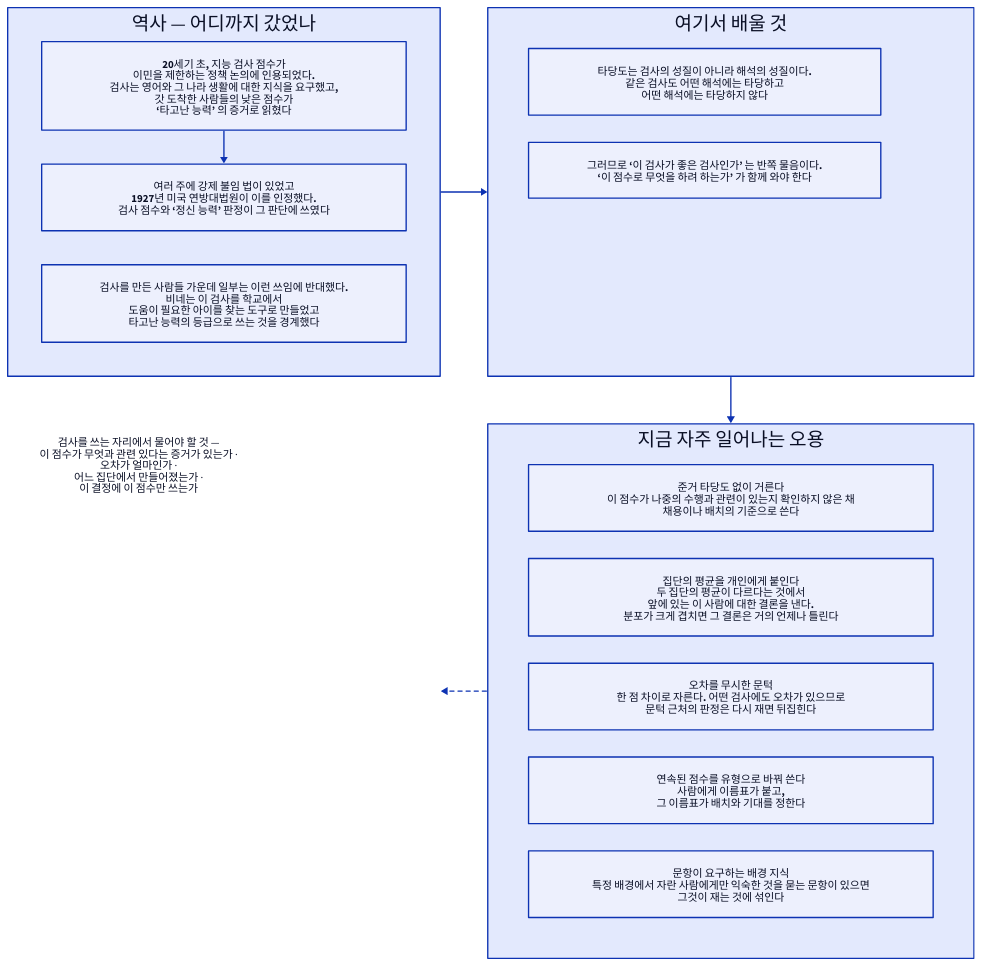
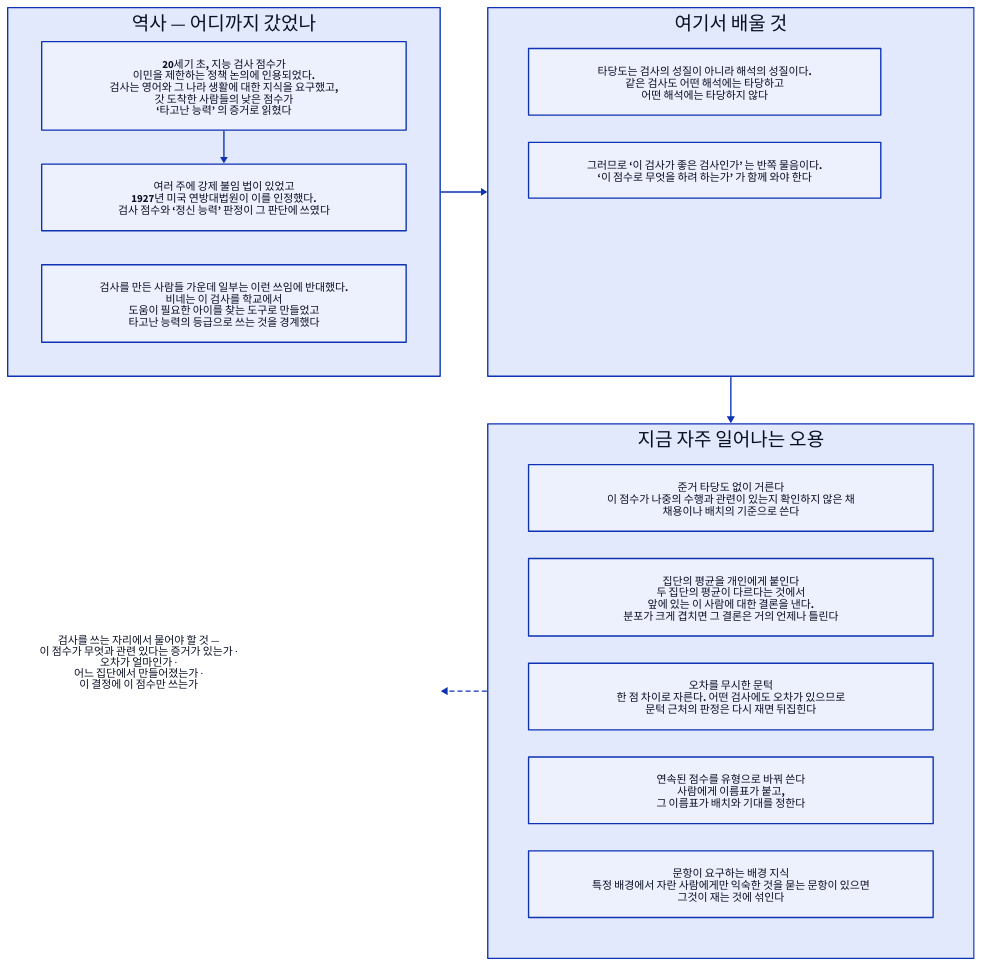
One commit to Dong-gi/Dong-gi.github.io changed the diagram in d2/psychology/psy-t-misuse.d2. Above: the diagram before and after it, drawn with D2. The commit also changed 369 other files, not shown here.

```diff
--- a/d2/psychology/psy-t-misuse.d2
+++ b/d2/psychology/psy-t-misuse.d2
@@ -1,46 +1,48 @@
 # 검사가 오용되는 자리들 — 심리학 17장.
 #
 # 무엇을 읽어야 하나: 오용이 대개 ‘검사가 나빠서’ 가 아니라
 # ‘점수를 읽는 방식’ 에서 생긴다는 것. ‘역사’ 칸이 사실이고 ‘지금 자주 일어나는 오용’ 칸이 건너뛴 자리다.
 #
 # 배치: 칸을 두 줄로 접었다 — 역사 → 교훈 → 지금 → 물음 순으로 화살표를 따라 읽는다
 # (그래서 ‘물음’ 을 ‘지금’ 보다 먼저 적었다).
 direction: down
 grid-rows: 2
 grid-columns: 2
 grid-gap: 70
 
 역사: {
   label: "역사 — 어디까지 갔었나"
   grid-columns: 1
   grid-gap: 50
   h1: { label: "20세기 초, 지능 검사 점수가\n이민을 제한하는 정책 논의에 인용되었다.\n검사는 영어와 그 나라 생활에 대한 지식을 요구했고,\n갓 도착한 사람들의 낮은 점수가\n‘타고난 능력’ 의 증거로 읽혔다"; style.bold: true }
   h2: { label: "여러 주에 강제 불임 법이 있었고\n1927년 미국 연방대법원이 이를 인정했다.\n검사 점수와 ‘정신 능력’ 판정이 그 판단에 쓰였다"; style.bold: true }
   h3: { label: "검사를 만든 사람들 가운데 일부는 이런 쓰임에 반대했다.\n비네는 이 검사를 학교에서\n도움이 필요한 아이를 찾는 도구로 만들었고\n타고난 능력의 등급으로 쓰는 것을 경계했다" }
   h1 -> h2
 }
 
 교훈: {
   label: "여기서 배울 것"
   grid-columns: 1
   l1: { label: "타당도는 검사의 성질이 아니라 해석의 성질이다.\n같은 검사도 어떤 해석에는 타당하고\n어떤 해석에는 타당하지 않다"; style.bold: true }
   l2: { label: "그러므로 ‘이 검사가 좋은 검사인가’ 는 반쪽 물음이다.\n‘이 점수로 무엇을 하려 하는가’ 가 함께 와야 한다"; style.bold: true }
 }
 
+# 격자 칸은 ‘지금’ 묶음만큼 높은데 글 상자는 칸 위쪽에 붙고 점선은 칸 가운데로 온다.
+# 빈 줄로 글을 점선 높이까지 내린다(그러지 않으면 점선이 빈 곳을 가리킨다)
 물음: {
-  label: "　\n검사를 쓰는 자리에서 물어야 할 것 —\n이 점수가 무엇과 관련 있다는 증거가 있는가 ·\n오차가 얼마인가 ·\n어느 집단에서 만들어졌는가 ·\n이 결정에 이 점수만 쓰는가"
+  label: "　\n　\n　\n　\n　\n　\n　\n　\n　\n　\n　\n　\n　\n　\n　\n　\n　\n　\n　\n검사를 쓰는 자리에서 물어야 할 것 —\n이 점수가 무엇과 관련 있다는 증거가 있는가 ·\n오차가 얼마인가 ·\n어느 집단에서 만들어졌는가 ·\n이 결정에 이 점수만 쓰는가"
   shape: text
 }
 
 지금: {
   label: "지금 자주 일어나는 오용"
   grid-columns: 1
   m1: { label: "준거 타당도 없이 거른다\n이 점수가 나중의 수행과 관련이 있는지 확인하지 않은 채\n채용이나 배치의 기준으로 쓴다" }
   m2: { label: "집단의 평균을 개인에게 붙인다\n두 집단의 평균이 다르다는 것에서\n앞에 있는 이 사람에 대한 결론을 낸다.\n분포가 크게 겹치면 그 결론은 거의 언제나 틀린다"; style.bold: true }
   m3: { label: "오차를 무시한 문턱\n한 점 차이로 자른다. 어떤 검사에도 오차가 있으므로\n문턱 근처의 판정은 다시 재면 뒤집힌다"; style.bold: true }
   m4: { label: "연속된 점수를 유형으로 바꿔 쓴다\n사람에게 이름표가 붙고,\n그 이름표가 배치와 기대를 정한다" }
   m5: { label: "문항이 요구하는 배경 지식\n특정 배경에서 자란 사람에게만 익숙한 것을 묻는 문항이 있으면\n그것이 재는 것에 섞인다" }
 }
 
 역사 -> 교훈 -> 지금
 지금 -> 물음: { style.stroke-dash: 3 }
```
